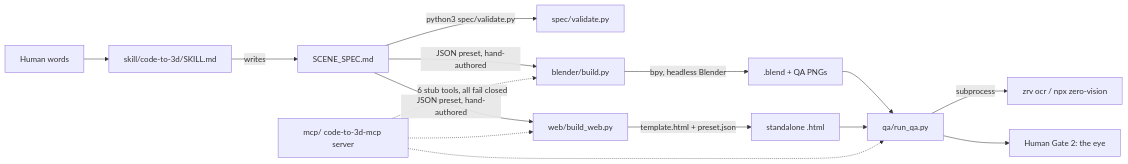
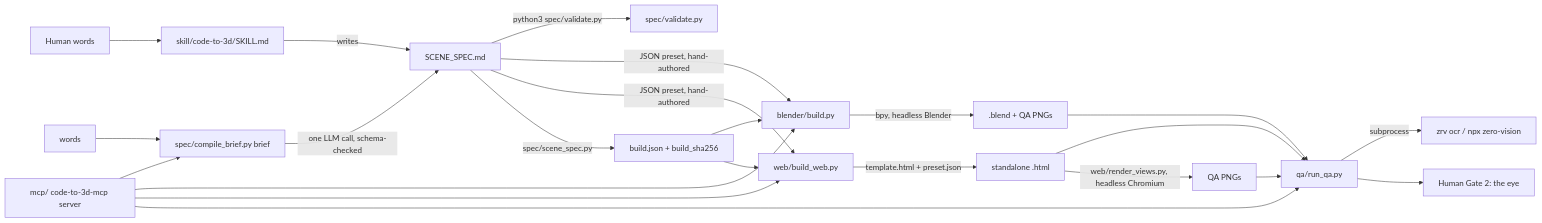
One commit to unfoundbox-crew/realengine changed the diagram in docs/ARCHITECTURE.md. Above: the diagram before and after it, drawn with Mermaid. The commit also changed other lines of this file and 34 other files, not shown here.

First line of the commit message:
feat: MCP tools do real work for the web backend

````diff
--- a/docs/ARCHITECTURE.md
+++ b/docs/ARCHITECTURE.md
@@ -18,17 +22,25 @@
 ```mermaid
 flowchart LR
     H[Human words] --> SK[skill/code-to-3d/SKILL.md]
     SK -->|writes| SPEC[SCENE_SPEC.md]
     SPEC -->|python3 spec/validate.py| VAL[spec/validate.py]
     SPEC -->|JSON preset, hand-authored| BB[blender/build.py]
     SPEC -->|JSON preset, hand-authored| WB[web/build_web.py]
     BB -->|bpy, headless Blender| BLEND[.blend + QA PNGs]
     WB -->|template.html + preset.json| HTML[standalone .html]
     BLEND --> QA[qa/run_qa.py]
     HTML --> QA
     QA -->|subprocess| ZRV[zrv ocr / npx zero-vision]
     QA --> EYE[Human Gate 2: the eye]
-    MCP[mcp/ code-to-3d-mcp server] -.->|6 stub tools, all fail closed| BB
-    MCP -.-> WB
-    MCP -.-> QA
+    MCP[mcp/ code-to-3d-mcp server] --> CB
+    MCP --> BB
+    MCP --> WB
+    MCP --> QA
+    BRIEF[words] --> CB[spec/compile_brief.py brief]
+    CB -->|one LLM call, schema-checked| SPEC
+    SPEC -->|spec/scene_spec.py| BJ[build.json + build_sha256]
+    BJ --> BB
+    BJ --> WB
+    HTML -->|web/render_views.py, headless Chromium| PNG[QA PNGs]
+    PNG --> QA
 ```
````
